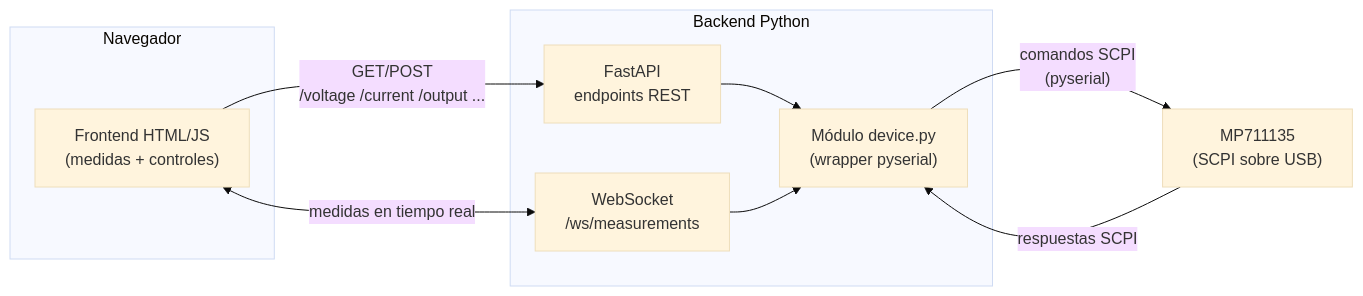
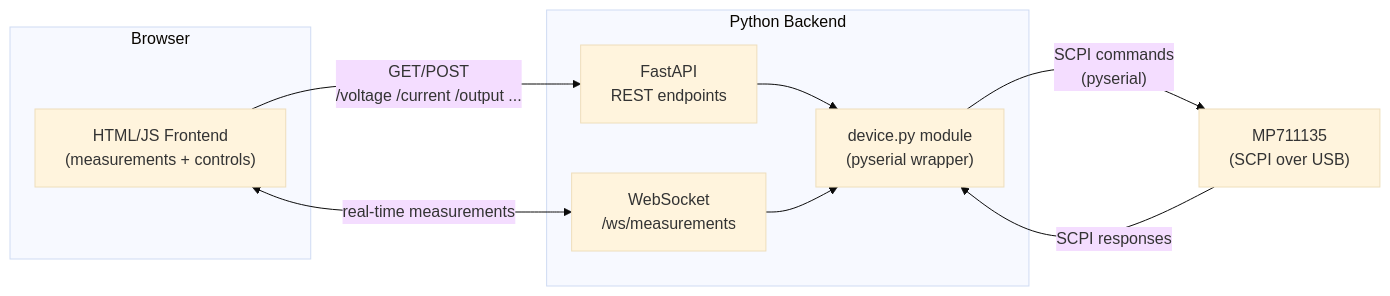
Before and after one commit to JMcordobamendez/mp711135-tool: the diagram in README.md, drawn with Mermaid (base theme). The commit also changed other lines of this file, not shown here.

````diff
--- a/README.md
+++ b/README.md
@@ -50,21 +50,21 @@
 ```mermaid
 flowchart LR
-    subgraph Cliente["Navegador"]
-        UI["Frontend HTML/JS\n(medidas + controles)"]
+    subgraph Cliente["Browser"]
+        UI["HTML/JS Frontend\n(measurements + controls)"]
     end
 
-    subgraph Servidor["Backend Python"]
-        API["FastAPI\nendpoints REST"]
+    subgraph Servidor["Python Backend"]
+        API["FastAPI\nREST endpoints"]
         WS["WebSocket\n/ws/measurements"]
-        DEV["Módulo device.py\n(wrapper pyserial)"]
+        DEV["device.py module\n(pyserial wrapper)"]
     end
 
-    HW["MP711135\n(SCPI sobre USB)"]
+    HW["MP711135\n(SCPI over USB)"]
 
     UI -- "GET/POST\n/voltage /current /output ..." --> API
-    UI <-- "medidas en tiempo real" --> WS
+    UI <-- "real-time measurements" --> WS
     API --> DEV
     WS --> DEV
-    DEV -- "comandos SCPI\n(pyserial)" --> HW
-    HW -- "respuestas SCPI" --> DEV
+    DEV -- "SCPI commands\n(pyserial)" --> HW
+    HW -- "SCPI responses" --> DEV
 ```
````
